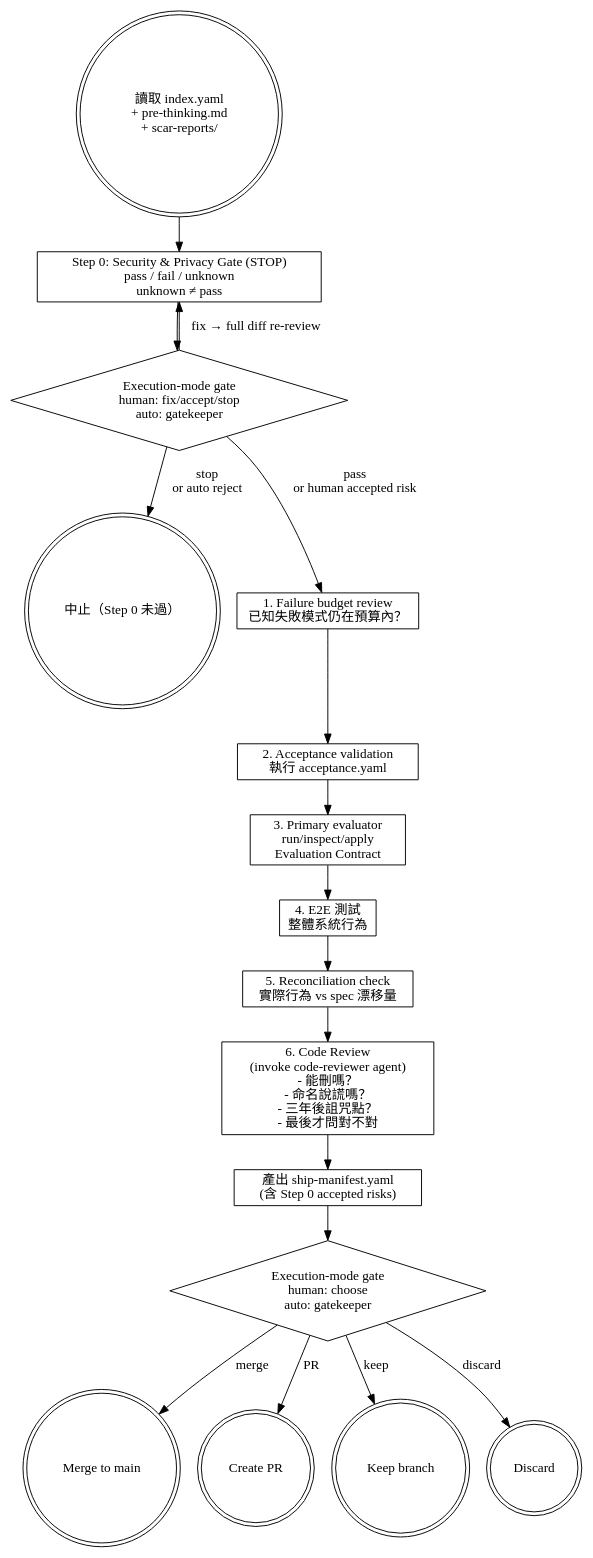
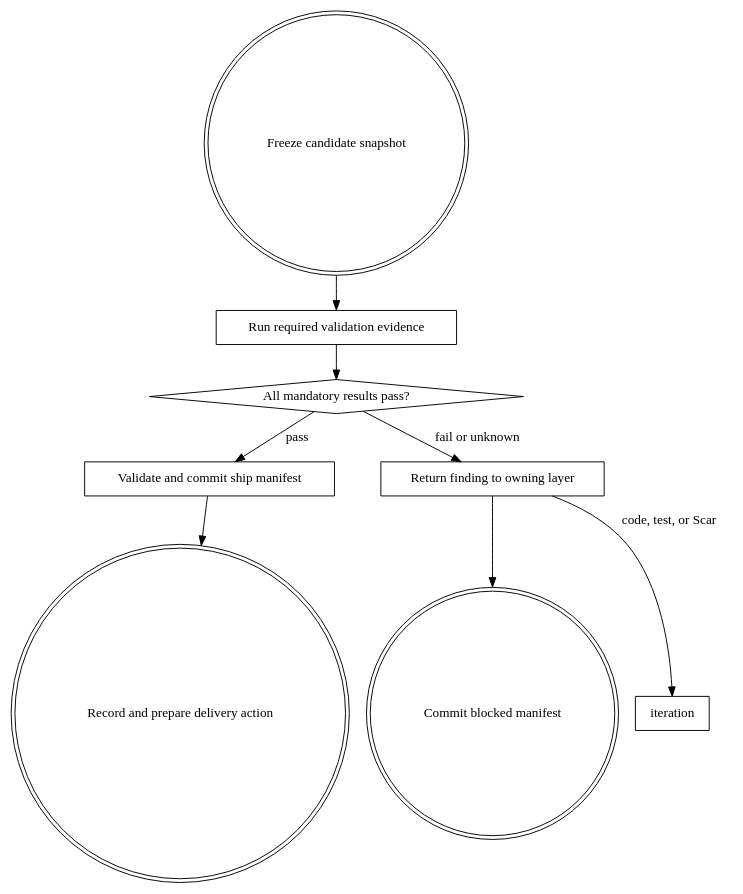
The diagram in skills/validate-and-ship/SKILL.md (roymondliao/samsara), drawn with Graphviz before and after one commit. The commit also changed other lines of this file and 4 other files, not shown here.

First line of the commit message:
refactor(validate-and-ship): separate validation from repair

````diff
--- a/skills/validate-and-ship/SKILL.md
+++ b/skills/validate-and-ship/SKILL.md
@@ -31,39 +37,20 @@
 ```dot
 digraph validate_and_ship {
     node [shape=box];
+    start [label="Freeze candidate snapshot" shape=doublecircle];
+    validate [label="Run required validation evidence"];
+    result [label="All mandatory results pass?" shape=diamond];
+    manifest [label="Validate and commit ship manifest"];
+    delivery [label="Record and prepare delivery action" shape=doublecircle];
+    owner [label="Return finding to owning layer"];
+    blocked [label="Commit blocked manifest" shape=doublecircle];
 
-    start [label="讀取 index.yaml\n+ pre-thinking.md\n+ scar-reports/" shape=doublecircle];
-    step0 [label="Step 0: Security & Privacy Gate (STOP)\npass / fail / unknown\nunknown ≠ pass"];
-    step0_gate [label="Execution-mode gate\nhuman: fix/accept/stop\nauto: gatekeeper" shape=diamond];
-    abort [label="中止（Step 0 未過）" shape=doublecircle];
-    failure_budget [label="1. Failure budget review\n已知失敗模式仍在預算內？"];
-    acceptance [label="2. Acceptance validation\n執行 acceptance.yaml"];
-    primary_eval [label="3. Primary evaluator\nrun/inspect/apply\nEvaluation Contract"];
-    e2e [label="4. E2E 測試\n整體系統行為"];
-    reconciliation [label="5. Reconciliation check\n實際行為 vs spec 漂移量"];
-    code_review [label="6. Code Review\n(invoke code-reviewer agent)\n- 能刪嗎？\n- 命名說謊嗎？\n- 三年後詛咒點？\n- 最後才問對不對"];
-    ship [label="產出 ship-manifest.yaml\n(含 Step 0 accepted risks)"];
-    choose [label="Execution-mode gate\nhuman: choose\nauto: gatekeeper" shape=diamond];
-    merge [label="Merge to main" shape=doublecircle];
-    pr [label="Create PR" shape=doublecircle];
-    keep [label="Keep branch" shape=doublecircle];
-    discard [label="Discard" shape=doublecircle];
-
-    start -> step0;
-    step0 -> step0_gate;
-    step0_gate -> failure_budget [label="pass\nor human accepted risk"];
-    step0_gate -> step0 [label="fix → full diff re-review"];
-    step0_gate -> abort [label="stop\nor auto reject"];
-    failure_budget -> acceptance;
-    acceptance -> primary_eval;
-    primary_eval -> e2e;
-    e2e -> reconciliation;
-    reconciliation -> code_review;
-    code_review -> ship;
-    ship -> choose;
-    choose -> merge [label="merge"];
-    choose -> pr [label="PR"];
-    choose -> keep [label="keep"];
-    choose -> discard [label="discard"];
+    start -> validate;
+    validate -> result;
+    result -> manifest [label="pass"];
+    result -> owner [label="fail or unknown"];
+    owner -> blocked;
+    owner -> iteration [label="code, test, or Scar"];
+    manifest -> delivery;
 }
 ```
````
